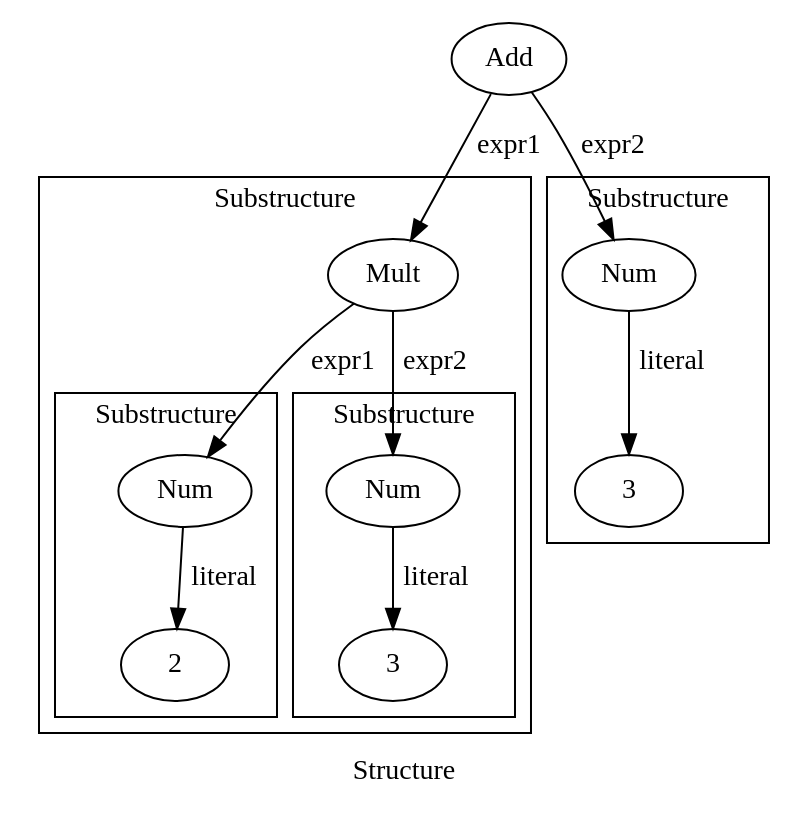
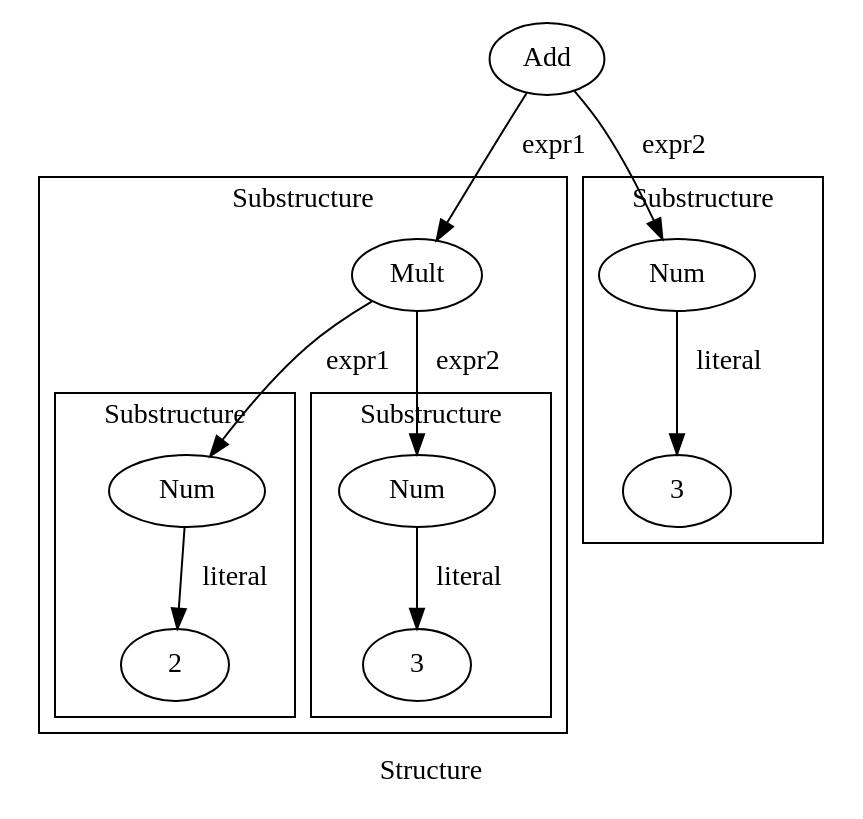
Before and after one commit to anatoliykmetyuk/anatoliykmetyuk.github.io_: the third of 9 diagrams in posts/2017-03-10-matryoshka-intro.md, drawn with Graphviz. The commit also changed other lines of this file and 1 other file, not shown here.

Commit message:
Graphviz labels fixed

````diff
--- a/posts/2017-03-10-matryoshka-intro.md
+++ b/posts/2017-03-10-matryoshka-intro.md
@@ -108,25 +108,25 @@
 ```{.graphviz #expr_diagram}
-digraph G { label="Structure" rankdir=TB newrank=true
+digraph G { label=" Structure " rankdir=TB newrank=true
   Add
 
-  subgraph cluster1 { label="Substructure" graph[style=solid]
+  subgraph cluster1 { label=" Substructure " graph[style=solid]
     Mult
-    subgraph cluster3 { Num1[label="Num"] Lit1[label="2"] }
-    subgraph cluster4 { Num2[label="Num"] Lit2[label="3"] } 
+    subgraph cluster3 { Num1[label=" Num "] Lit1[label=" 2 "] }
+    subgraph cluster4 { Num2[label=" Num "] Lit2[label=" 3 "] } 
   }
 
-  subgraph cluster2 { label="Substructure" Num3[label="Num"] Lit3[label="3"] }
+  subgraph cluster2 { label=" Substructure " Num3[label=" Num "] Lit3[label=" 3 "] }
 
   {rank=same Mult Num3}
 
-  Add -> Mult[label="expr1"]
-  Add -> Num3[label="expr2"]
+  Add -> Mult[label=" expr1 "]
+  Add -> Num3[label=" expr2 "]
 
-  Mult -> Num1[label="expr1"]
-  Mult -> Num2[label="expr2"]
+  Mult -> Num1[label=" expr1 "]
+  Mult -> Num2[label=" expr2 "]
 
-  Num1 -> Lit1[label="literal"]
-  Num2 -> Lit2[label="literal"]
-  Num3 -> Lit3[label="literal"]
+  Num1 -> Lit1[label=" literal "]
+  Num2 -> Lit2[label=" literal "]
+  Num3 -> Lit3[label=" literal "]
 }
 ```
````
